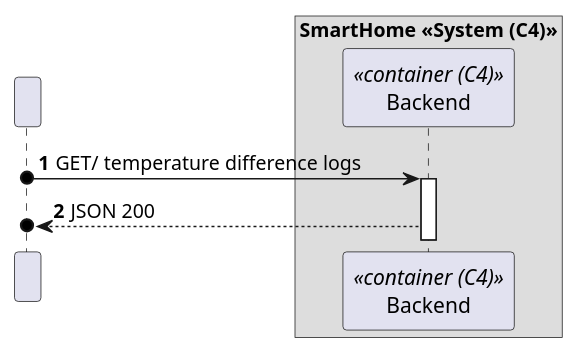
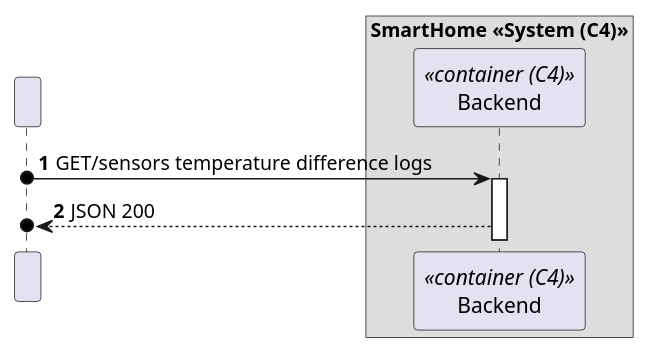
Before and after one commit to moutajDev/smarthome: the diagram in docs/C4_4plus1_models/Level2/ProcessView/ProcessViewLevel2_UC13.puml, drawn with PlantUML. The commit also changed 17 other files, not shown here.

```diff
--- a/docs/C4_4plus1_models/Level2/ProcessView/ProcessViewLevel2_UC13.puml
+++ b/docs/C4_4plus1_models/Level2/ProcessView/ProcessViewLevel2_UC13.puml
@@ -1,24 +1,24 @@
 @startuml
 'https://plantuml.com/sequence-diagram
 !pragma layout smetana
 
 autonumber
 
 participant " " as HTTP
 
 box "SmartHome <<System (C4)>>"
     participant "Backend" as BE<<container (C4)>>
 
 end box
 
 
-HTTP o-> BE : GET/ temperature difference logs
+HTTP o-> BE : GET/sensors temperature difference logs
 activate BE
 
 
 BE -->o HTTP : JSON 200
 
 
 
 
 @enduml
```
